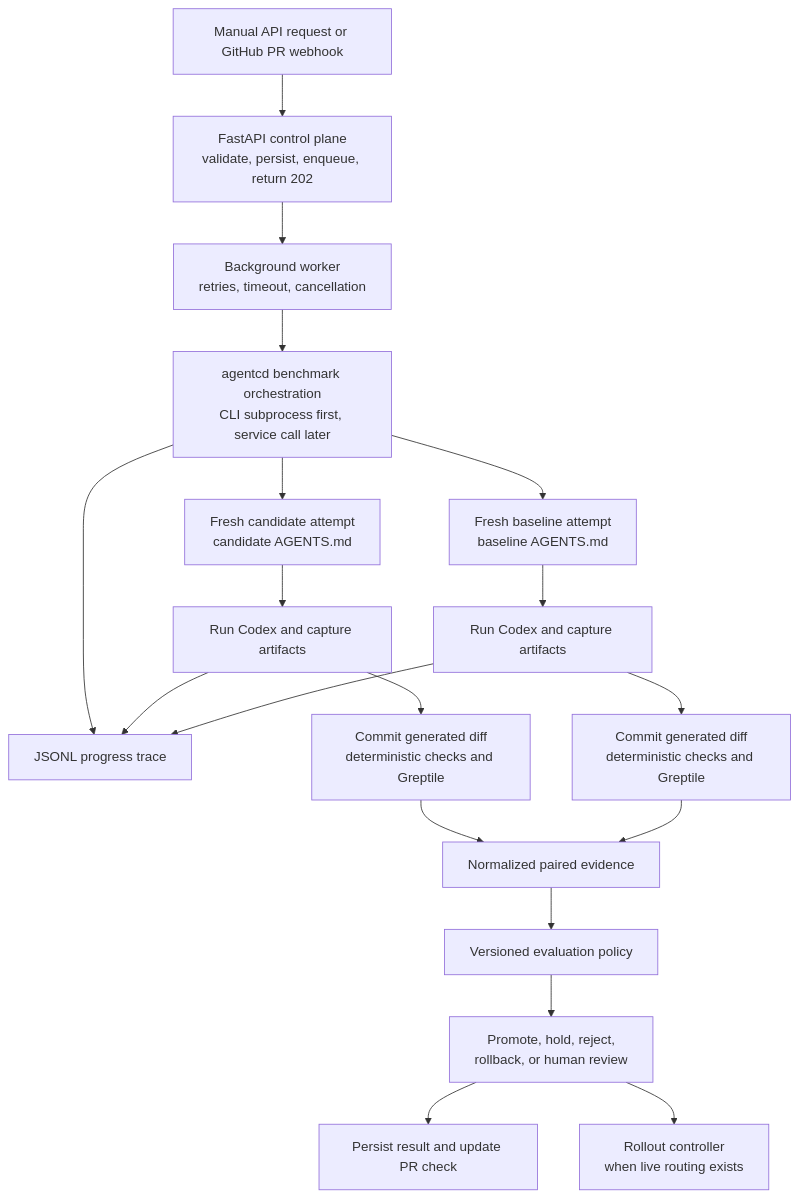
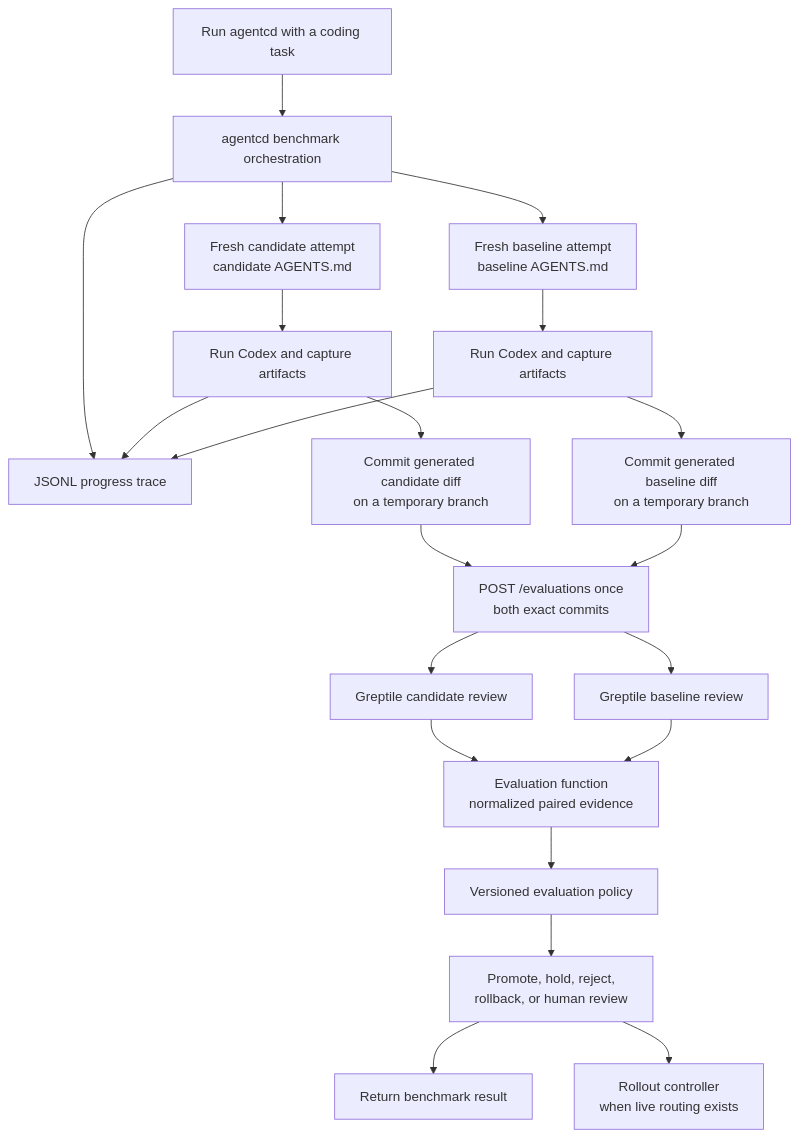
One commit to varshinivij/greptile_hack changed the diagram in agentcd/PLAN.md. Above: the diagram before and after it, drawn with Mermaid. The commit also changed other lines of this file, not shown here.

````diff
--- a/agentcd/PLAN.md
+++ b/agentcd/PLAN.md
@@ -71,31 +70,33 @@
 ```mermaid
 flowchart TD
-    Trigger["Manual API request or GitHub PR webhook"]
-    API["FastAPI control plane<br/>validate, persist, enqueue, return 202"]
-    Worker["Background worker<br/>retries, timeout, cancellation"]
-    Bench["agentcd benchmark orchestration<br/>CLI subprocess first, service call later"]
+    Trigger["Run agentcd with a coding task"]
+    Bench["agentcd benchmark orchestration"]
     Trace["JSONL progress trace"]
 
-    Trigger --> API --> Worker --> Bench
+    Trigger --> Bench
     Bench --> Trace
 
     Bench --> Candidate["Fresh candidate attempt<br/>candidate AGENTS.md"]
     Bench --> Baseline["Fresh baseline attempt<br/>baseline AGENTS.md"]
 
     Candidate --> CandidateRun["Run Codex and capture artifacts"]
     Baseline --> BaselineRun["Run Codex and capture artifacts"]
     CandidateRun --> Trace
     BaselineRun --> Trace
 
-    CandidateRun --> CandidateEval["Commit generated diff<br/>deterministic checks and Greptile"]
-    BaselineRun --> BaselineEval["Commit generated diff<br/>deterministic checks and Greptile"]
+    CandidateRun --> CandidateCommit["Commit generated candidate diff<br/>on a temporary branch"]
+    BaselineRun --> BaselineCommit["Commit generated baseline diff<br/>on a temporary branch"]
 
-    CandidateEval --> Evidence["Normalized paired evidence"]
-    BaselineEval --> Evidence
+    CandidateCommit --> API["POST /evaluations once<br/>both exact commits"]
+    BaselineCommit --> API
+    API --> GreptileA["Greptile candidate review"]
+    API --> GreptileB["Greptile baseline review"]
+    GreptileA --> Evidence["Evaluation function<br/>normalized paired evidence"]
+    GreptileB --> Evidence
 
     Evidence --> Policy["Versioned evaluation policy"]
     Policy --> Decision["Promote, hold, reject,<br/>rollback, or human review"]
 
-    Decision --> Result["Persist result and update PR check"]
+    Decision --> Result["Return benchmark result"]
     Decision --> Rollout["Rollout controller<br/>when live routing exists"]
 ```
````
